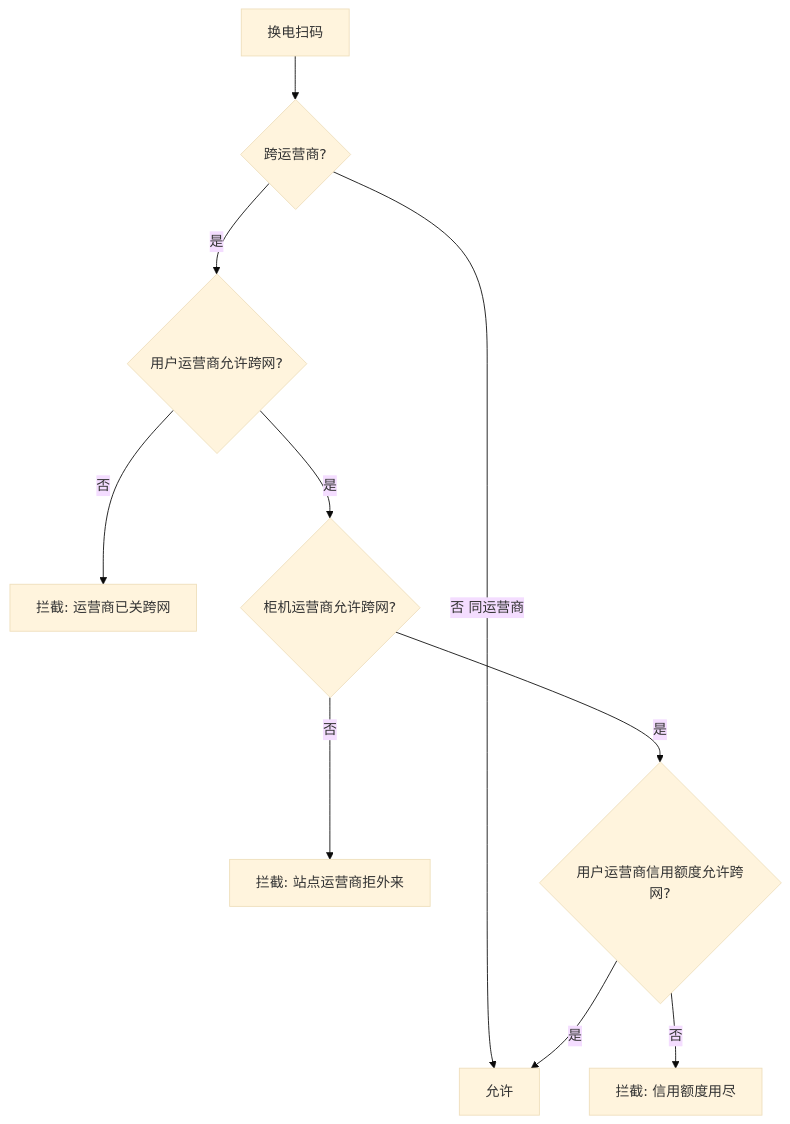
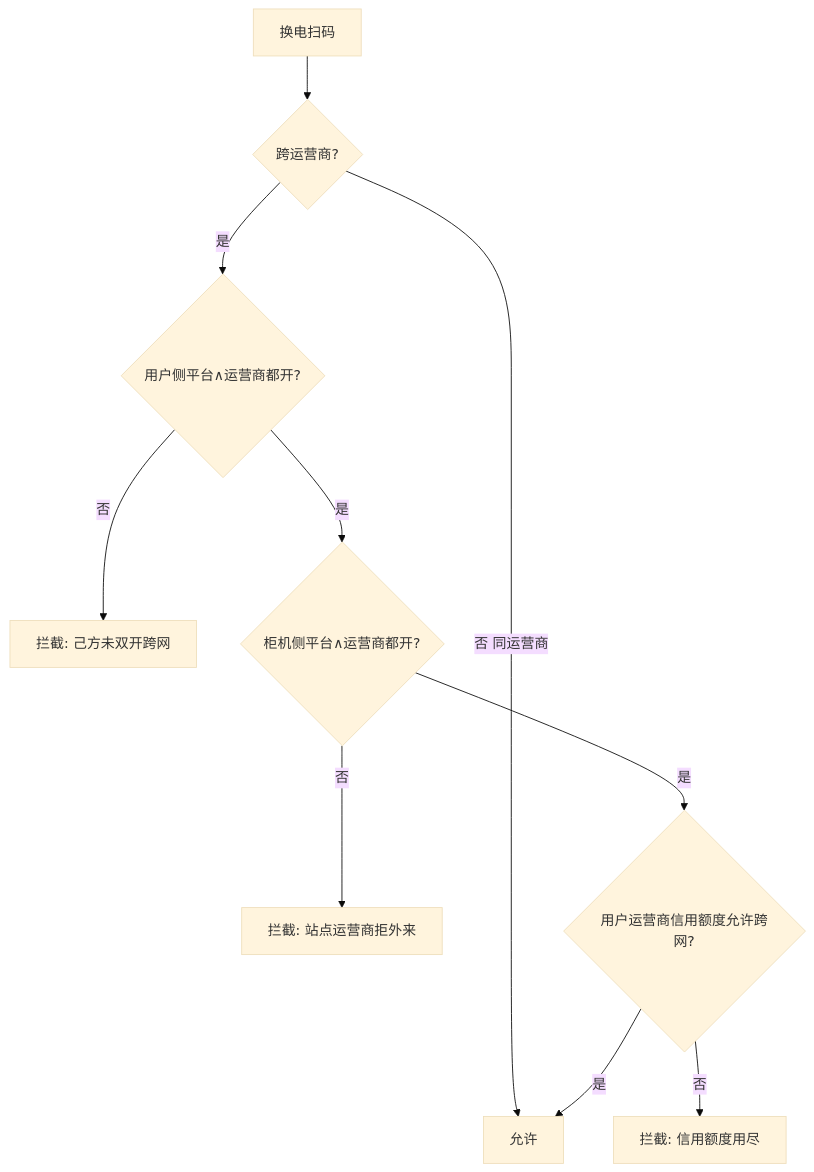
The diagram in docs/换电范围策略.md (liudali/rider-swap-operator-prototype), drawn with Mermaid (base theme) before and after one commit. The commit also changed other lines of this file and 35 other files, not shown here.

````diff
--- a/docs/换电范围策略.md
+++ b/docs/换电范围策略.md
@@ -77,12 +81,12 @@
 ```mermaid
 flowchart TD
   A[换电扫码] --> B{跨运营商?}
   B -->|否 同运营商| OK[允许]
-  B -->|是| C{用户运营商允许跨网?}
-  C -->|否| X1[拦截: 运营商已关跨网]
-  C -->|是| D{柜机运营商允许跨网?}
+  B -->|是| C{用户侧平台∧运营商都开?}
+  C -->|否| X1[拦截: 己方未双开跨网]
+  C -->|是| D{柜机侧平台∧运营商都开?}
   D -->|否| X2[拦截: 站点运营商拒外来]
   D -->|是| E{用户运营商信用额度允许跨网?}
   E -->|否| X3[拦截: 信用额度用尽]
   E -->|是| OK
 ```
````
